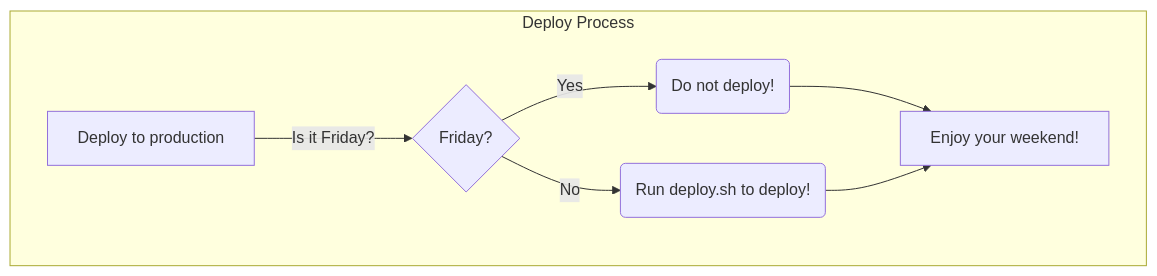
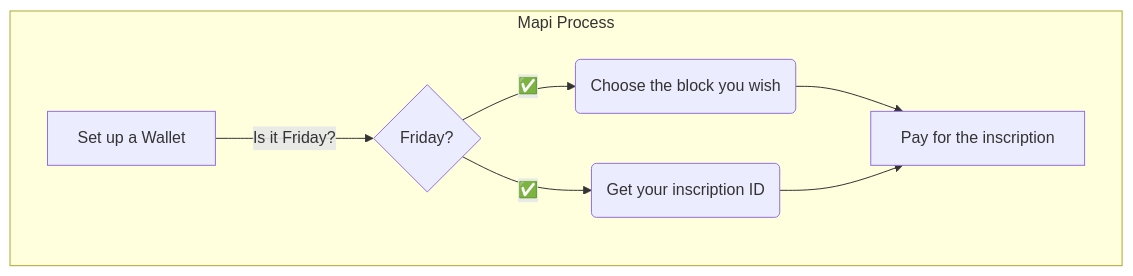
One commit to 3D4D5D/3D4D5D changed the second of 2 diagrams in README.md. Above: the diagram before and after it, drawn with Mermaid.

````diff
--- a/README.md
+++ b/README.md
@@ -25,11 +25,11 @@
 ```mermaid
 graph TD
-  subgraph Deploy Process
-    A[Deploy to production] -->|Is it Friday?| B{Friday?}
-    B -- Yes --> C(Do not deploy!)
-    B -- No --> D(Run deploy.sh to deploy!)
-    C --> E[Enjoy your weekend!]
+  subgraph Mapi Process
+    A[Set up a Wallet] -->|Is it Friday?| B{Friday?}
+    B -- ✅ --> C(Choose the block you wish)
+    B -- ✅ --> D(Get your inscription ID)
+    C --> E[Pay for the inscription]
     D --> E
   end
 
 ```
````
